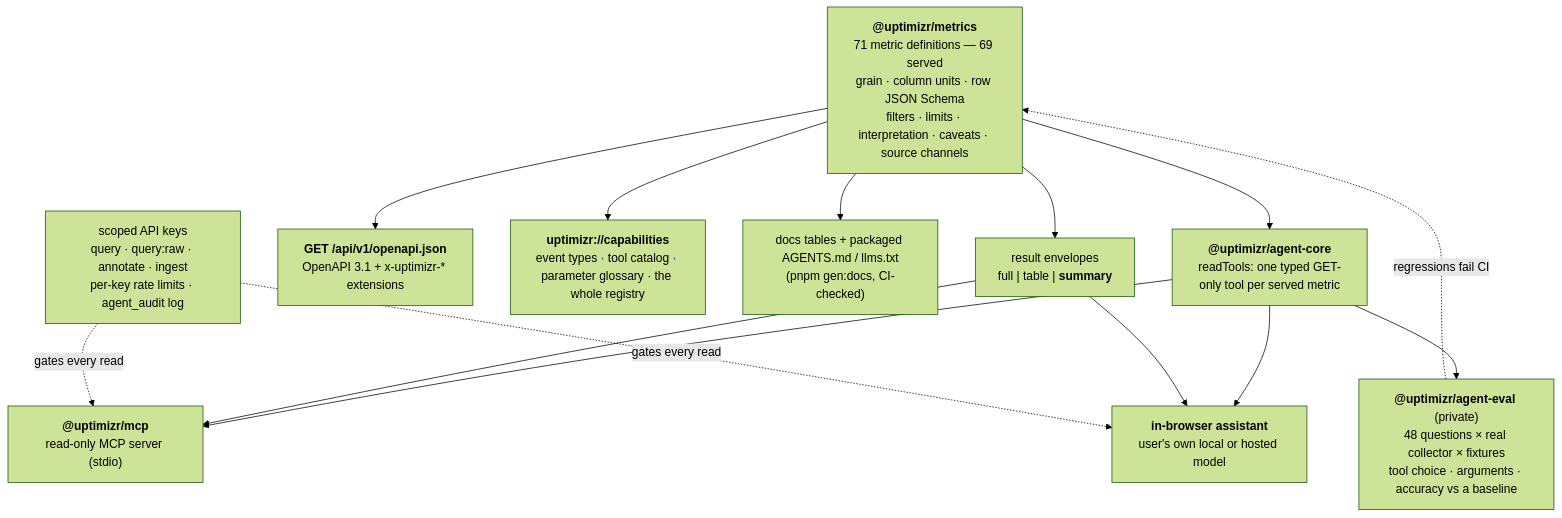
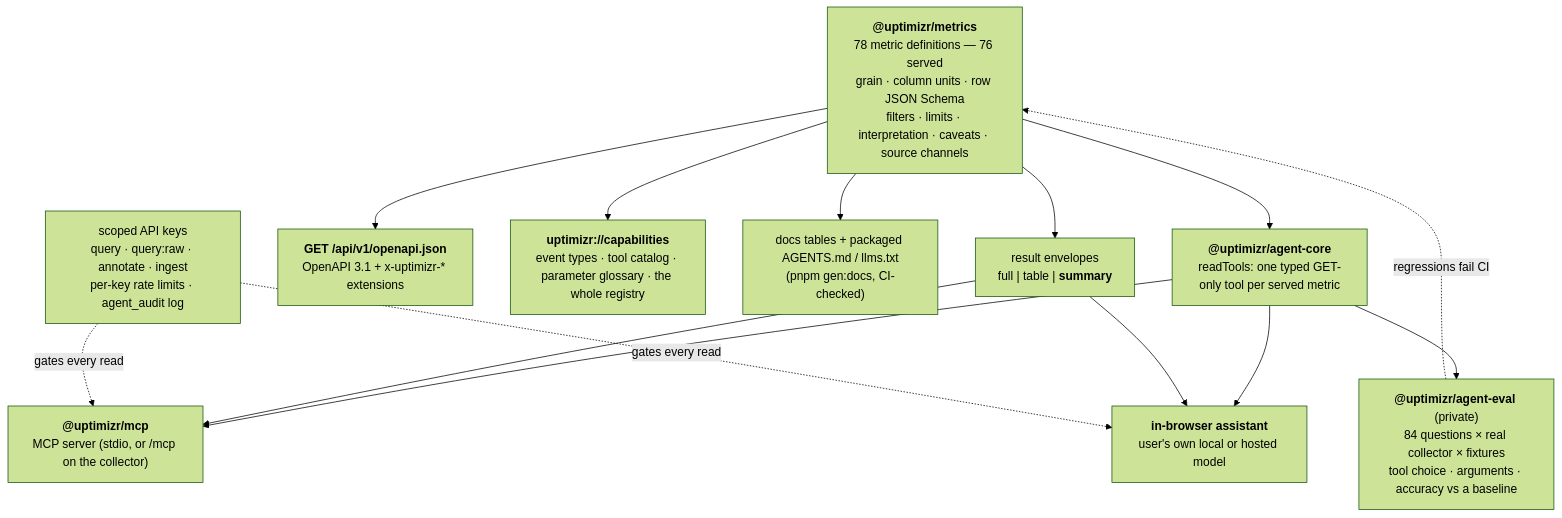
The second of 2 diagrams in docs/architecture/overview.md (RaananW/Uptimizr), drawn with Mermaid (forest theme) before and after one commit. The commit also changed other lines of this file and 83 other files, not shown here.

````diff
--- a/docs/architecture/overview.md
+++ b/docs/architecture/overview.md
@@ -162,27 +163,27 @@
 ```mermaid
 flowchart TD
-  Reg["<b>@uptimizr/metrics</b><br/>71 metric definitions — 69 served<br/>grain · column units · row JSON Schema<br/>filters · limits · interpretation · caveats · source channels"]
+  Reg["<b>@uptimizr/metrics</b><br/>78 metric definitions — 76 served<br/>grain · column units · row JSON Schema<br/>filters · limits · interpretation · caveats · source channels"]
   Tools["<b>@uptimizr/agent-core</b><br/>readTools: one typed GET-only tool per served metric"]
   OpenApi["<b>GET /api/v1/openapi.json</b><br/>OpenAPI 3.1 + x-uptimizr-* extensions"]
   Caps["<b>uptimizr://capabilities</b><br/>event types · tool catalog · parameter glossary · the whole registry"]
   Docs["docs tables + packaged AGENTS.md / llms.txt<br/>(pnpm gen:docs, CI-checked)"]
-  Mcp["<b>@uptimizr/mcp</b><br/>read-only MCP server (stdio)"]
+  Mcp["<b>@uptimizr/mcp</b><br/>MCP server (stdio, or /mcp on the collector)"]
   Asst["<b>in-browser assistant</b><br/>user's own local or hosted model"]
   Fmt["result envelopes<br/>full | table | <b>summary</b>"]
   Keys["scoped API keys<br/>query · query:raw · annotate · ingest<br/>per-key rate limits · agent_audit log"]
-  Eval["<b>@uptimizr/agent-eval</b> (private)<br/>48 questions × real collector × fixtures<br/>tool choice · arguments · accuracy vs a baseline"]
+  Eval["<b>@uptimizr/agent-eval</b> (private)<br/>84 questions × real collector × fixtures<br/>tool choice · arguments · accuracy vs a baseline"]
 
   Reg --> Tools
   Reg --> OpenApi
   Reg --> Caps
   Reg --> Docs
   Reg --> Fmt
   Tools --> Mcp
   Tools --> Asst
   Fmt --> Mcp
   Fmt --> Asst
   Keys -.->|gates every read| Mcp
   Keys -.->|gates every read| Asst
   Tools --> Eval
   Eval -.->|regressions fail CI| Reg
 ```
````
